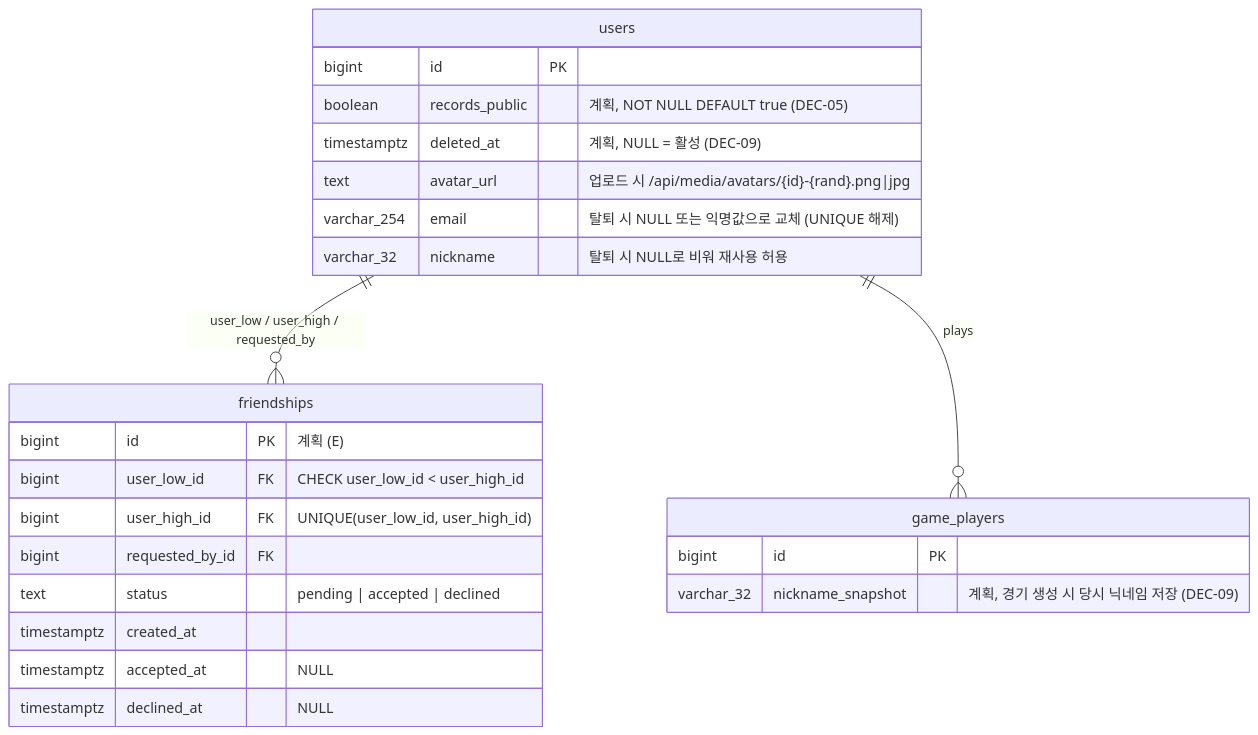
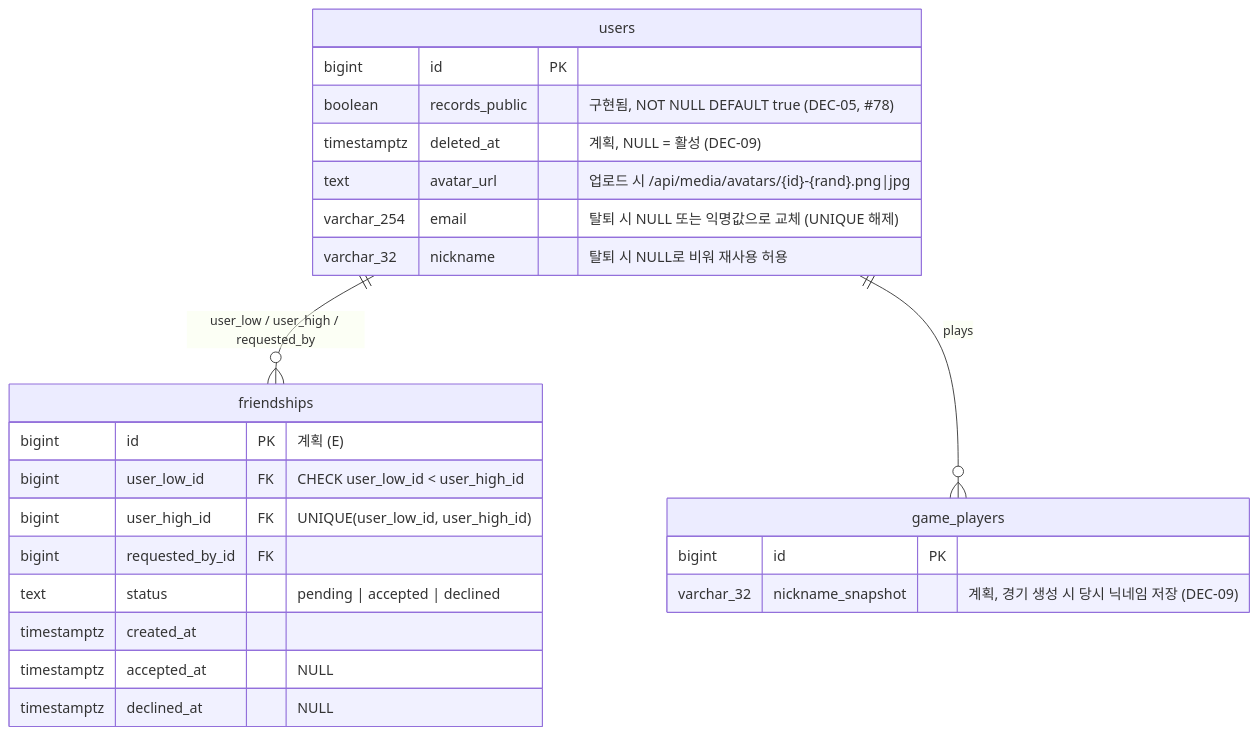
The eighth of 49 diagrams in Document/SDS.md (EscapeFromGyeongsan/ft_transcendence), drawn with Mermaid before and after one commit. The commit also changed other lines of this file and 28 other files, not shown here.

````diff
--- a/Document/SDS.md
+++ b/Document/SDS.md
@@ -625,28 +628,28 @@
 ```mermaid
 erDiagram
     users ||--o{ friendships : "user_low / user_high / requested_by"
     users ||--o{ game_players : "plays"
 
     users {
         bigint id PK
-        boolean records_public "계획, NOT NULL DEFAULT true (DEC-05)"
+        boolean records_public "구현됨, NOT NULL DEFAULT true (DEC-05, #78)"
         timestamptz deleted_at "계획, NULL = 활성 (DEC-09)"
         text avatar_url "업로드 시 /api/media/avatars/{id}-{rand}.png|jpg"
         varchar_254 email "탈퇴 시 NULL 또는 익명값으로 교체 (UNIQUE 해제)"
         varchar_32 nickname "탈퇴 시 NULL로 비워 재사용 허용"
     }
     game_players {
         bigint id PK
         varchar_32 nickname_snapshot "계획, 경기 생성 시 당시 닉네임 저장 (DEC-09)"
     }
     friendships {
         bigint id PK "계획 (E)"
         bigint user_low_id FK "CHECK user_low_id < user_high_id"
         bigint user_high_id FK "UNIQUE(user_low_id, user_high_id)"
         bigint requested_by_id FK
         text status "pending | accepted | declined"
         timestamptz created_at
         timestamptz accepted_at "NULL"
         timestamptz declined_at "NULL"
     }
 ```
````
